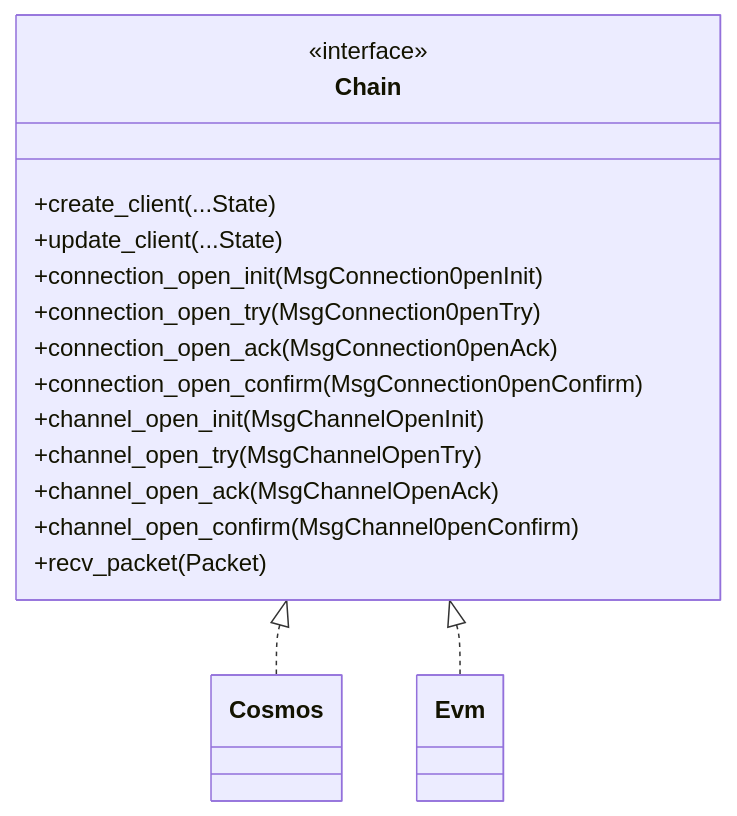
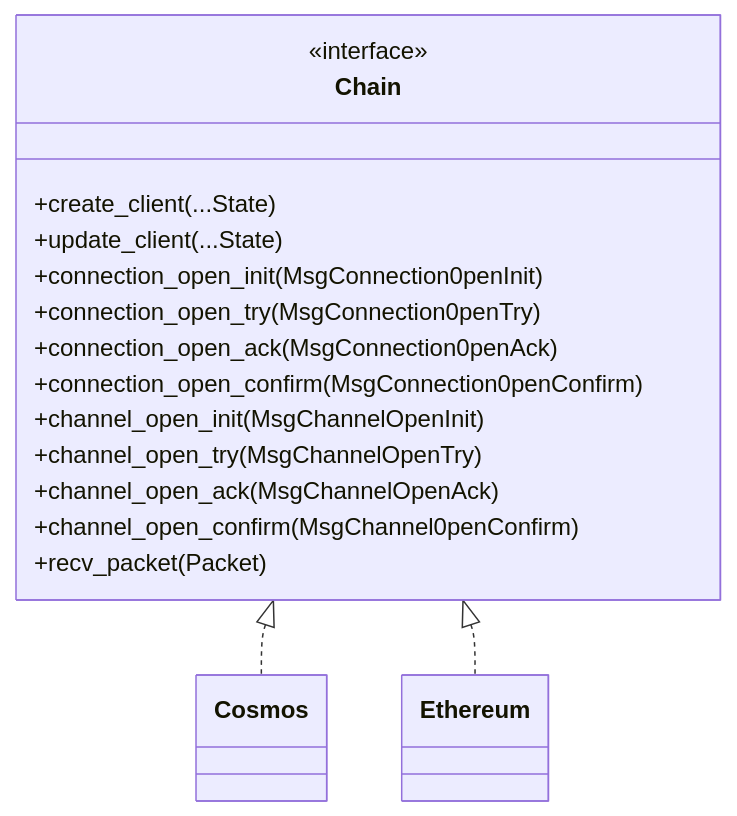
Before and after one commit to unionlabs/union: the first of 3 diagrams in voyager/ARCHITECTURE.md, drawn with Mermaid. The commit also changed other lines of this file and 22 other files, not shown here.

Commit message:
refactor: s/evm/ethereum/g

````diff
--- a/voyager/ARCHITECTURE.md
+++ b/voyager/ARCHITECTURE.md
@@ -3,24 +3,24 @@
 ```mermaid
 classDiagram
     class Chain {
 		    <<interface>>
 
 		    +create_client(...State)
 		    +update_client(...State)
 
         +connection_open_init(MsgConnection0penInit)
         +connection_open_try(MsgConnection0penTry)
         +connection_open_ack(MsgConnection0penAck)
         +connection_open_confirm(MsgConnection0penConfirm)
 
         +channel_open_init(MsgChannelOpenInit)
         +channel_open_try(MsgChannelOpenTry)
         +channel_open_ack(MsgChannelOpenAck)
         +channel_open_confirm(MsgChannel0penConfirm)
 
         +recv_packet(Packet)
     }
 
     Chain <|.. Cosmos
-    Chain <|.. Evm
+    Chain <|.. Ethereum
 ```
````
